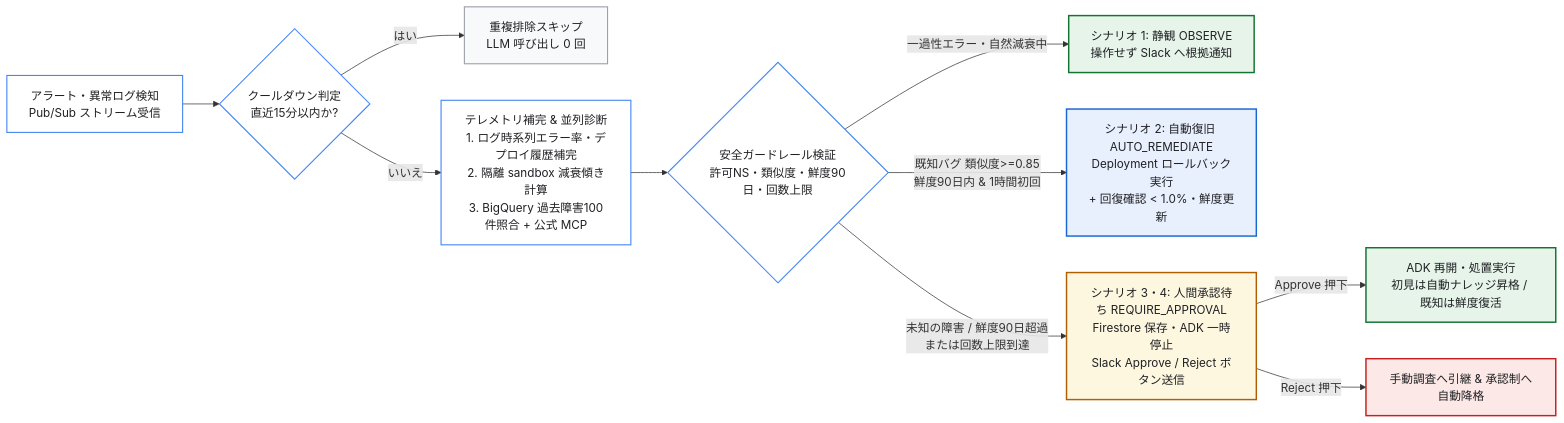
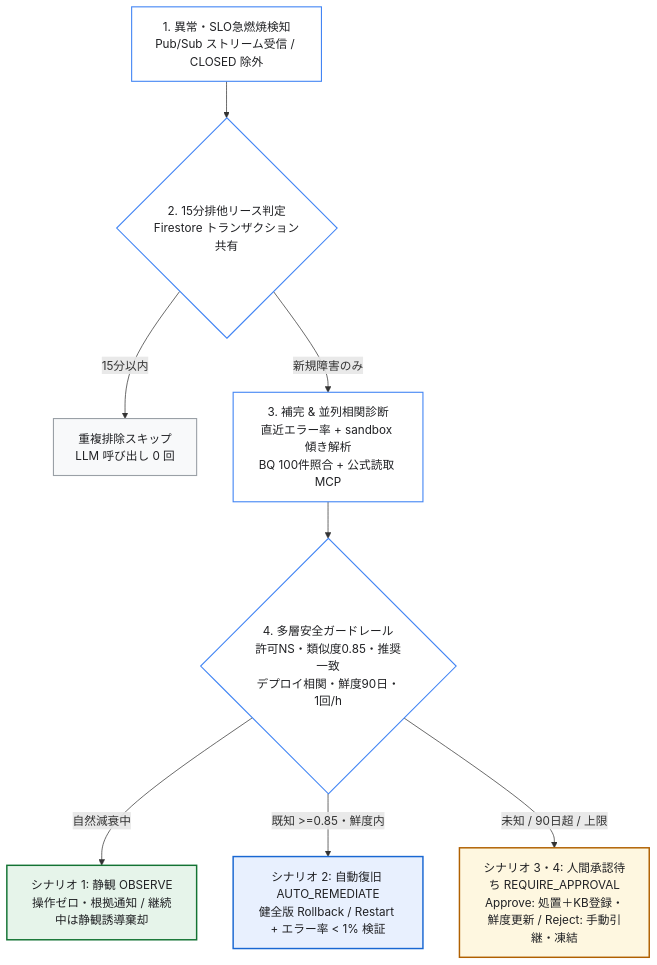
One commit to tyorikan/agentic-sre-handson changed the first of 2 diagrams in docs/00-overview-and-architecture.md. Above: the diagram before and after it, drawn with Mermaid. The commit also changed 12 other files, not shown here.

Commit message:
docs: improve readability of 8 wide architecture diagrams with 2D Bento grids

````diff
--- a/docs/00-overview-and-architecture.md
+++ b/docs/00-overview-and-architecture.md
@@ -17,26 +17,22 @@
 ```mermaid
-flowchart LR
-    Alert["アラート・異常ログ検知<br/>Pub/Sub ストリーム受信"] --> Dedup{"クールダウン判定<br/>直近15分以内か?"}
-    Dedup -->|"はい"| Skip["重複排除スキップ<br/>LLM 呼び出し 0 回"]
-    Dedup -->|"いいえ"| Parallel["テレメトリ補完 & 並列診断<br/>1. ログ時系列エラー率・デプロイ履歴補完<br/>2. 隔離 sandbox 減衰傾き計算<br/>3. BigQuery 過去障害100件照合 + 公式 MCP"]
-    Parallel --> Guard{"安全ガードレール検証<br/>許可NS・類似度・鮮度90日・回数上限"}
+flowchart TD
+    Alert["1. 異常・SLO急燃焼検知<br/>Pub/Sub ストリーム受信 / CLOSED 除外"] --> Dedup{"2. 15分排他リース判定<br/>Firestore トランザクション共有"}
+    Dedup -->|"15分以内"| Skip["重複排除スキップ<br/>LLM 呼び出し 0 回"]
+    Dedup -->|"新規障害のみ"| Parallel["3. 補完 & 並列相関診断<br/>直近エラー率 + sandbox 傾き解析<br/>BQ 100件照合 + 公式読取 MCP"]
+    Parallel --> Guard{"4. 多層安全ガードレール<br/>許可NS・類似度0.85・推奨一致<br/>デプロイ相関・鮮度90日・1回/h"}
 
-    Guard -->|"一過性エラー・自然減衰中"| S1["シナリオ 1: 静観 OBSERVE<br/>操作せず Slack へ根拠通知"]
-    Guard -->|"既知バグ 類似度>=0.85<br/>鮮度90日内 & 1時間初回"| S2["シナリオ 2: 自動復旧 AUTO_REMEDIATE<br/>Deployment ロールバック実行<br/>+ 回復確認 < 1.0%・鮮度更新"]
-    Guard -->|"未知の障害 / 鮮度90日超過<br/>または回数上限到達"| S3["シナリオ 3・4: 人間承認待ち REQUIRE_APPROVAL<br/>Firestore 保存・ADK 一時停止<br/>Slack Approve / Reject ボタン送信"]
-    S3 -->|"Approve 押下"| Resume["ADK 再開・処置実行<br/>初見は自動ナレッジ昇格 / 既知は鮮度復活"]
-    S3 -->|"Reject 押下"| Manual["手動調査へ引継 & 承認制へ自動降格"]
+    Guard -->|"自然減衰中"| S1["シナリオ 1: 静観 OBSERVE<br/>操作ゼロ・根拠通知 / 継続中は静観誘導棄却"]
+    Guard -->|"既知 >=0.85・鮮度内"| S2["シナリオ 2: 自動復旧 AUTO_REMEDIATE<br/>健全版 Rollback / Restart + エラー率 < 1% 検証"]
+    Guard -->|"未知 / 90日超 / 上限"| S3["シナリオ 3・4: 人間承認待ち REQUIRE_APPROVAL<br/>Approve: 処置＋KB登録・鮮度更新 / Reject: 手動引継・凍結"]
 
     classDef base fill:#ffffff,stroke:#4285F4,stroke-width:1.5px,color:#202124;
     classDef mute fill:#f8f9fa,stroke:#9aa0a6,stroke-width:1.5px,color:#202124;
     classDef ok fill:#e6f4ea,stroke:#137333,stroke-width:2px,color:#202124;
     classDef auto fill:#e8f0fe,stroke:#1967d2,stroke-width:2px,color:#202124;
     classDef hitl fill:#fef7e0,stroke:#b06000,stroke-width:2px,color:#202124;
-    classDef warn fill:#fce8e6,stroke:#c5221f,stroke-width:2px,color:#202124;
     class Alert,Dedup,Parallel,Guard base;
     class Skip mute;
-    class S1,Resume ok;
+    class S1 ok;
     class S2 auto;
     class S3 hitl;
-    class Manual warn;
 ```
````
